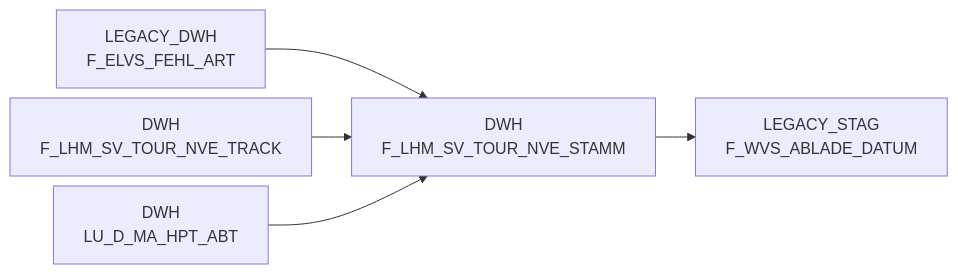
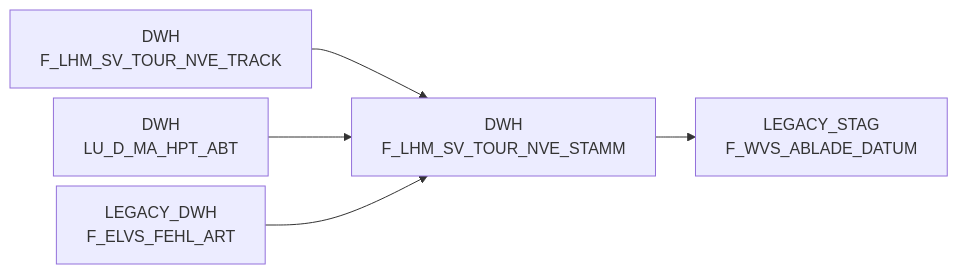
The diagram in docs/Tables/DWH/F_LHM_SV_TOUR_NVE_STAMM.md (integration-factory-de/sas_code_docs), drawn with Mermaid before and after one commit. The commit also changed other lines of this file and 129 other files, not shown here.

````diff
--- a/docs/Tables/DWH/F_LHM_SV_TOUR_NVE_STAMM.md
+++ b/docs/Tables/DWH/F_LHM_SV_TOUR_NVE_STAMM.md
@@ -9,18 +15,18 @@
 ```mermaid
 %%{init: {'flowchart': { 'nodeSpacing': 10, 'rankSpacing': 40, 'rankdir': 'TB' }}}%%
 
 flowchart LR
 
-  LEGACY_DWH.F_ELVS_FEHL_ART["LEGACY_DWH<br/>F_ELVS_FEHL_ART"] --> DWH.F_LHM_SV_TOUR_NVE_STAMM["DWH<br/>F_LHM_SV_TOUR_NVE_STAMM"]
   DWH.F_LHM_SV_TOUR_NVE_TRACK["DWH<br/>F_LHM_SV_TOUR_NVE_TRACK"] --> DWH.F_LHM_SV_TOUR_NVE_STAMM["DWH<br/>F_LHM_SV_TOUR_NVE_STAMM"]
   DWH.LU_D_MA_HPT_ABT["DWH<br/>LU_D_MA_HPT_ABT"] --> DWH.F_LHM_SV_TOUR_NVE_STAMM["DWH<br/>F_LHM_SV_TOUR_NVE_STAMM"]
   DWH.F_LHM_SV_TOUR_NVE_STAMM["DWH<br/>F_LHM_SV_TOUR_NVE_STAMM"] --> LEGACY_STAG.F_WVS_ABLADE_DATUM["LEGACY_STAG<br/>F_WVS_ABLADE_DATUM"]
-  click LEGACY_DWH.F_ELVS_FEHL_ART "../../tables/LEGACY_DWH/F_ELVS_FEHL_ART"
+  LEGACY_DWH.F_ELVS_FEHL_ART["LEGACY_DWH<br/>F_ELVS_FEHL_ART"] --> DWH.F_LHM_SV_TOUR_NVE_STAMM["DWH<br/>F_LHM_SV_TOUR_NVE_STAMM"]
   click DWH.F_LHM_SV_TOUR_NVE_TRACK "../../tables/DWH/F_LHM_SV_TOUR_NVE_TRACK"
   click DWH.LU_D_MA_HPT_ABT "../../tables/DWH/LU_D_MA_HPT_ABT"
   click DWH.F_LHM_SV_TOUR_NVE_STAMM "../../tables/DWH/F_LHM_SV_TOUR_NVE_STAMM"
-  click DWH.F_LHM_SV_TOUR_NVE_STAMM "../../tables/DWH/F_LHM_SV_TOUR_NVE_STAMM"
+  click LEGACY_DWH.F_ELVS_FEHL_ART "../../tables/LEGACY_DWH/F_ELVS_FEHL_ART"
   click DWH.F_LHM_SV_TOUR_NVE_STAMM "../../tables/DWH/F_LHM_SV_TOUR_NVE_STAMM"
   click DWH.F_LHM_SV_TOUR_NVE_STAMM "../../tables/DWH/F_LHM_SV_TOUR_NVE_STAMM"
   click LEGACY_STAG.F_WVS_ABLADE_DATUM "../../tables/LEGACY_STAG/F_WVS_ABLADE_DATUM"
+  click DWH.F_LHM_SV_TOUR_NVE_STAMM "../../tables/DWH/F_LHM_SV_TOUR_NVE_STAMM"
 ```
````
